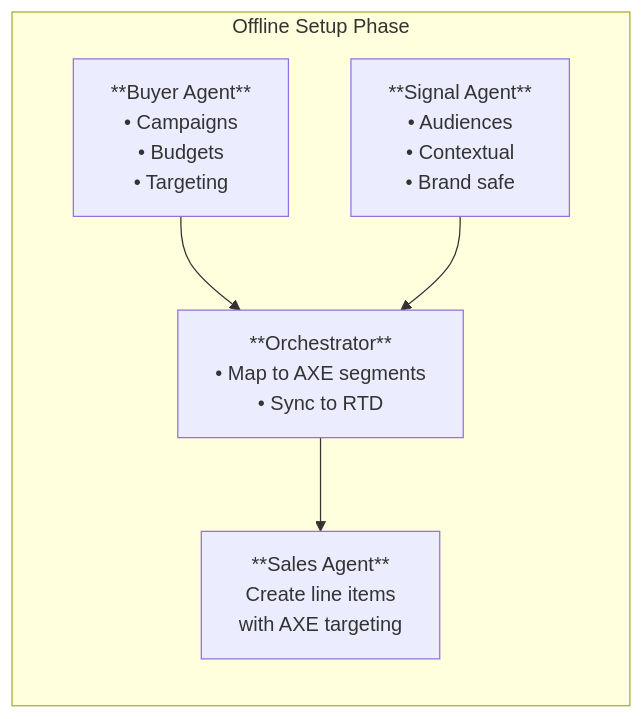
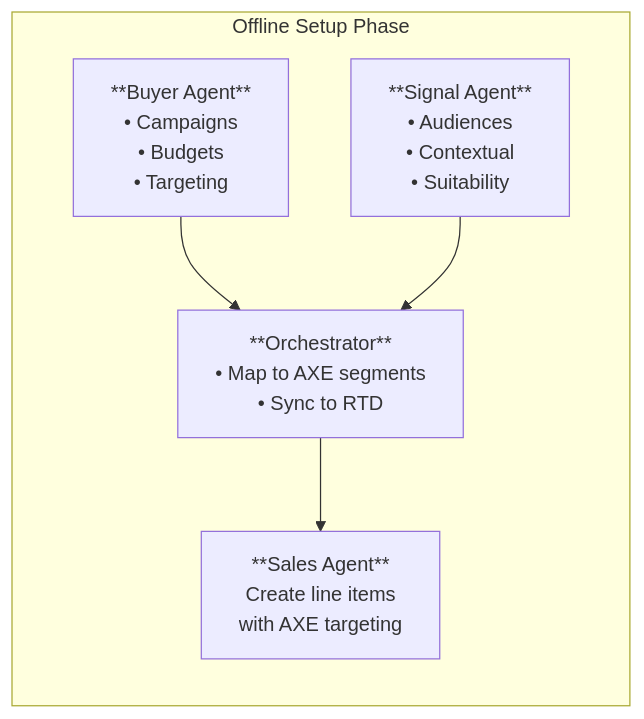
The first of 2 diagrams in docs/media-buy/advanced-topics/agentic-execution-engine.mdx (adcontextprotocol/adcp), drawn with Mermaid before and after one commit. The commit also changed other lines of this file and 21 other files, not shown here.

````diff
--- a/docs/media-buy/advanced-topics/agentic-execution-engine.mdx
+++ b/docs/media-buy/advanced-topics/agentic-execution-engine.mdx
@@ -18,15 +18,15 @@
 ```mermaid
 flowchart TB
     subgraph offline["Offline Setup Phase"]
         direction TB
 
         buyer["**Buyer Agent**<br/>• Campaigns<br/>• Budgets<br/>• Targeting"]
-        signal["**Signal Agent**<br/>• Audiences<br/>• Contextual<br/>• Brand safe"]
+        signal["**Signal Agent**<br/>• Audiences<br/>• Contextual<br/>• Suitability"]
         orch["**Orchestrator**<br/>• Map to AXE segments<br/>• Sync to RTD"]
         sales["**Sales Agent**<br/>Create line items<br/>with AXE targeting"]
 
         buyer --> orch
         signal --> orch
         orch --> sales
     end
 ```
````
